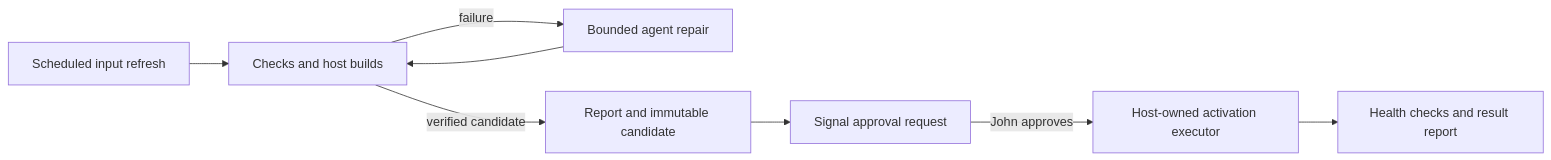
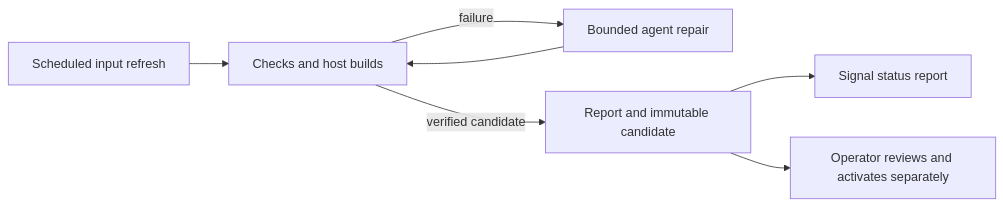
The diagram in docs/automated-updates.md (johworks/nixos-config), drawn with Mermaid before and after one commit. The commit also changed other lines of this file, not shown here.

First line of the commit message:
Keep Signal update notifications status only

````diff
--- a/docs/automated-updates.md
+++ b/docs/automated-updates.md
@@ -44,10 +46,9 @@
 ```mermaid
 flowchart LR
     A[Scheduled input refresh] --> B[Checks and host builds]
     B -->|failure| C[Bounded agent repair]
     C --> B
     B -->|verified candidate| D[Report and immutable candidate]
-    D --> E[Signal approval request]
-    E -->|John approves| F[Host-owned activation executor]
-    F --> G[Health checks and result report]
+    D --> E[Signal status report]
+    D --> F[Operator reviews and activates separately]
 ```
````
